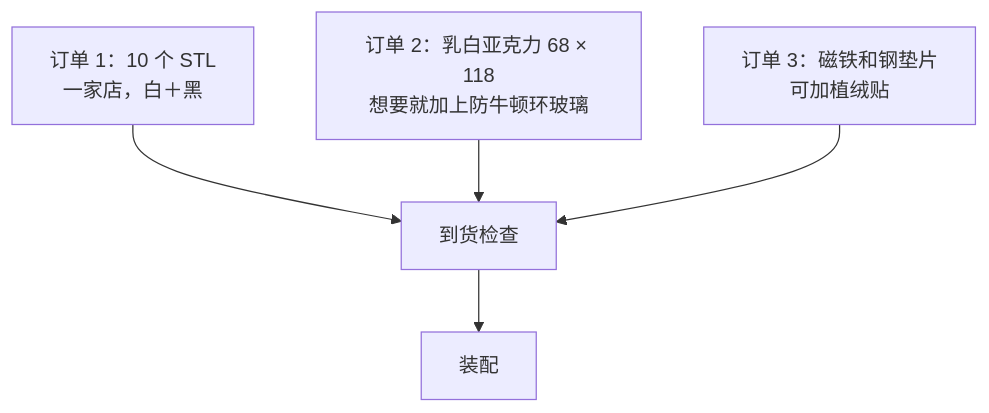
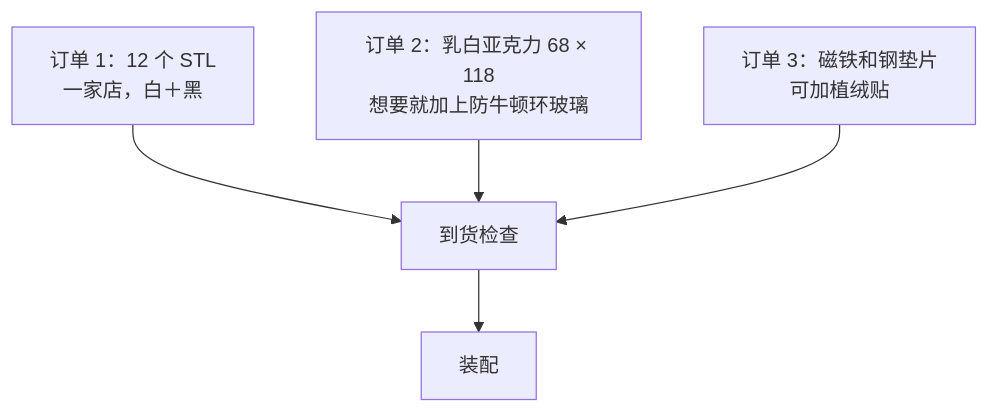
Before and after one commit to Neoanaloglab/Neobox: the diagram in docs/bom.zh-CN.md, drawn with Mermaid. The commit also changed other lines of this file and 44 other files, not shown here.

````diff
--- a/docs/bom.zh-CN.md
+++ b/docs/bom.zh-CN.md
@@ -177,7 +180,7 @@
 ```mermaid
 flowchart TD
-  A[订单 1：10 个 STL<br/>一家店，白＋黑] --> D[到货检查]
+  A[订单 1：12 个 STL<br/>一家店，白＋黑] --> D[到货检查]
   B[订单 2：乳白亚克力 68 × 118<br/>想要就加上防牛顿环玻璃] --> D
   C[订单 3：磁铁和钢垫片<br/>可加植绒贴] --> D
   D --> E[装配]
 ```
````
